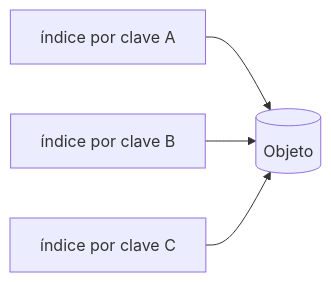
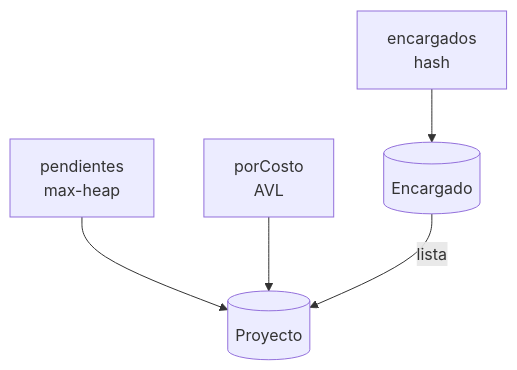
The third of 4 diagrams in slides.md (BRJoaquin/A2-presentaciones-07-MultiEstructuras), drawn with Mermaid before and after one commit. The commit also changed other lines of this file and 15 other files, not shown here.

````diff
--- a/slides.md
+++ b/slides.md
@@ -626,6 +413,6 @@
 ```mermaid
-flowchart LR
-  I1["índice por clave A"] --> O[("Objeto")]
-  I2["índice por clave B"] --> O
-  I3["índice por clave C"] --> O
+flowchart TB
+  H["pendientes<br/>max-heap"] --> P[("Proyecto")]
+  A["porCosto<br/>AVL"] --> P
+  E["encargados<br/>hash"] --> En[("Encargado")] -- lista --> P
 ```
````
